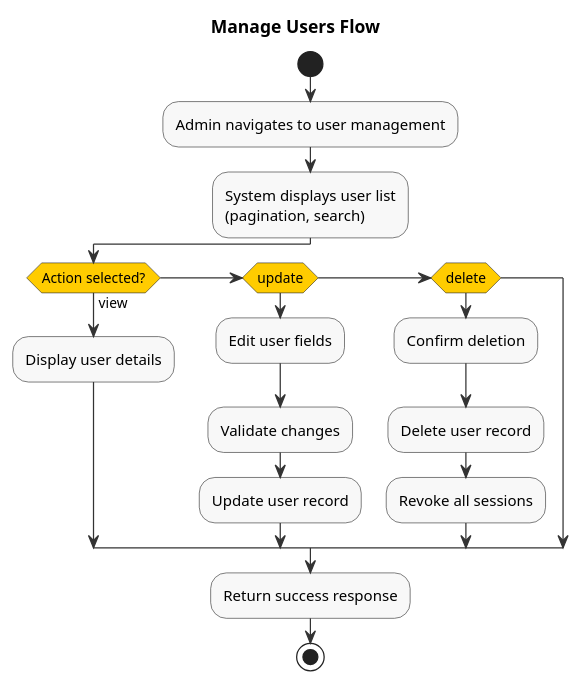
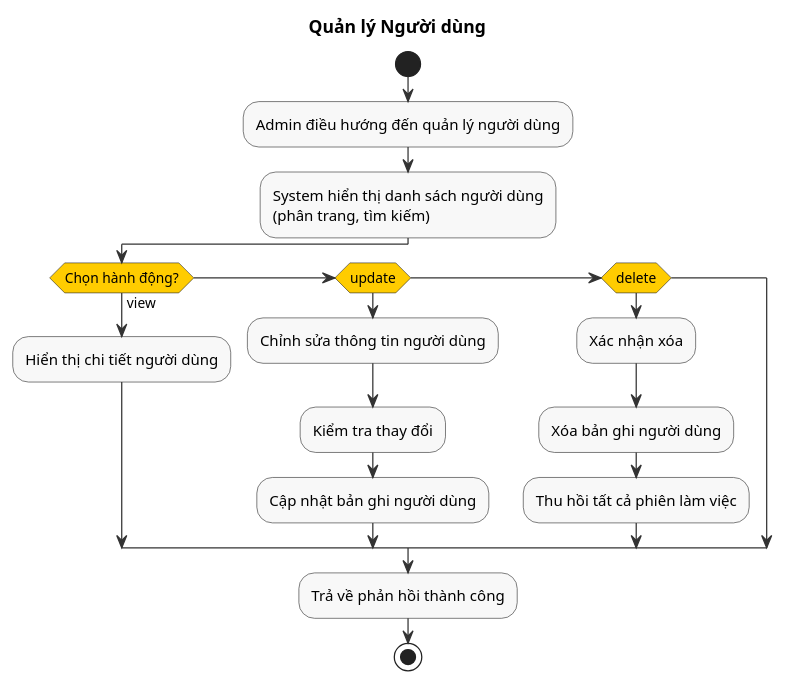
One commit to namnh240795/document changed the diagram in modules/auth/diagrams/activity/manage-users-activity.puml. Above: the diagram before and after it, drawn with PlantUML. The commit also changed 163 other files, not shown here.

```diff
--- a/modules/auth/diagrams/activity/manage-users-activity.puml
+++ b/modules/auth/diagrams/activity/manage-users-activity.puml
@@ -1,38 +1,38 @@
 @startuml
 ' ============================================================
-' Activity Diagram - Manage Users Flow
+' Sơ đồ Hoạt động - Quản lý Người dùng
 ' ============================================================
 
 skinparam activity {
   BackgroundColor #F8F8F8
   BorderColor #333333
   ArrowColor #333333
   DiamondBackgroundColor #FFCC00
   DiamondBorderColor #333333
 }
 
-title Manage Users Flow
+title Quản lý Người dùng
 
 start
 
-:Admin navigates to user management;
+:Admin điều hướng đến quản lý người dùng;
 
-:System displays user list\n(pagination, search);
+:System hiển thị danh sách người dùng\n(phân trang, tìm kiếm);
 
-if (Action selected?) then (view)
-  :Display user details;
+if (Chọn hành động?) then (view)
+  :Hiển thị chi tiết người dùng;
 elseif (update) then
-  :Edit user fields;
-  :Validate changes;
-  :Update user record;
+  :Chỉnh sửa thông tin người dùng;
+  :Kiểm tra thay đổi;
+  :Cập nhật bản ghi người dùng;
 elseif (delete) then
-  :Confirm deletion;
-  :Delete user record;
-  :Revoke all sessions;
+  :Xác nhận xóa;
+  :Xóa bản ghi người dùng;
+  :Thu hồi tất cả phiên làm việc;
 endif
 
-:Return success response;
+:Trả về phản hồi thành công;
 
 stop
 
 @enduml
```
